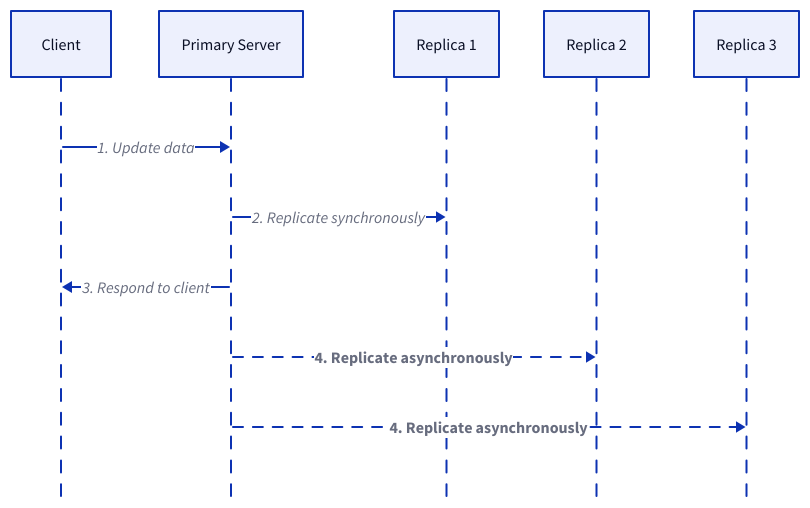
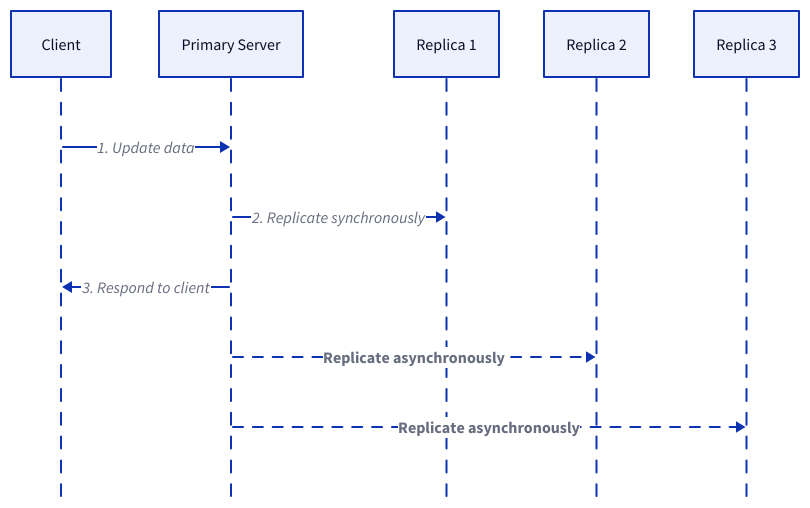
One commit to link1905/system-design-101 changed the seventh of 12 diagrams in content/docs/data-persistence/distributed-database/_index.md. Above: the diagram before and after it, drawn with D2. The commit also changed other lines of this file and 49 other files, not shown here.

````diff
--- a/content/docs/data-persistence/distributed-database/_index.md
+++ b/content/docs/data-persistence/distributed-database/_index.md
@@ -209,29 +211,29 @@
 ```d2
 shape: sequence_diagram
 client: Client {
     class: client
 }
 w: Primary Server {
     class: db
 }
 r1: Replica 1 {
     class: db
 }
 r2: Replica 2 {
     class: db
 }
 r3: Replica 3 {
     class: db
 }
 client -> w: 1. Update data
 w -> r1: 2. Replicate synchronously
 w -> client: 3. Respond to client
-w -> r2: 4. Replicate asynchronously {
+w -> r2: Replicate asynchronously {
     style.animated: true
     style.bold: true
 }
-w -> r3: 4. Replicate asynchronously {
+w -> r3: Replicate asynchronously {
     style.animated: true
     style.bold: true
 }
 ```
````
